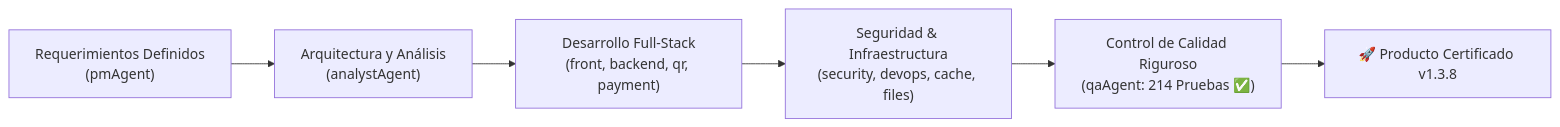
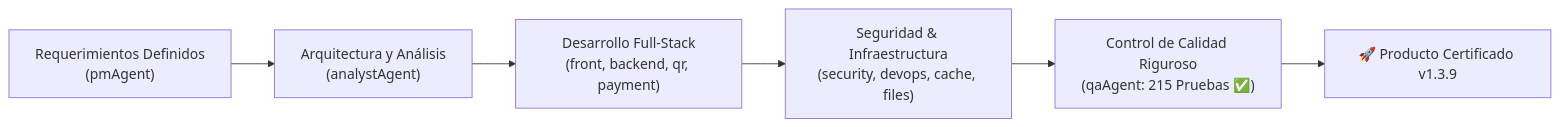
One commit to paolapaz202504/QRgenerator changed the diagram in PROJECT_STATUS_QRGENERATOR.md. Above: the diagram before and after it, drawn with Mermaid. The commit also changed other lines of this file and 10 other files, not shown here.

````diff
--- a/PROJECT_STATUS_QRGENERATOR.md
+++ b/PROJECT_STATUS_QRGENERATOR.md
@@ -12,8 +12,8 @@
 ```mermaid
 flowchart LR
     A["Requerimientos Definidos\n(pmAgent)"] --> B["Arquitectura y Análisis\n(analystAgent)"]
     B --> C["Desarrollo Full-Stack\n(front, backend, qr, payment)"]
     C --> D["Seguridad & Infraestructura\n(security, devops, cache, files)"]
-    D --> E["Control de Calidad Riguroso\n(qaAgent: 214 Pruebas ✅)"]
-    E --> F["🚀 Producto Certificado v1.3.8"]
+    D --> E["Control de Calidad Riguroso\n(qaAgent: 215 Pruebas ✅)"]
+    E --> F["🚀 Producto Certificado v1.3.9"]
 ```
````
